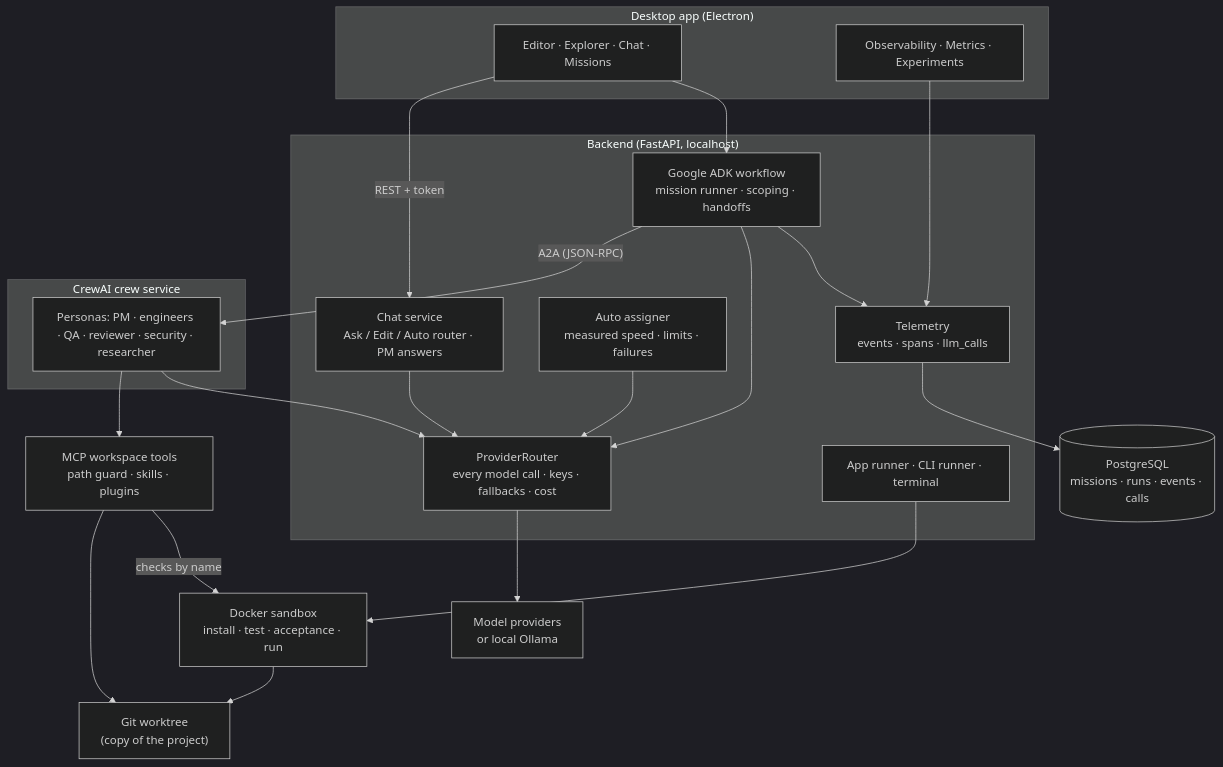
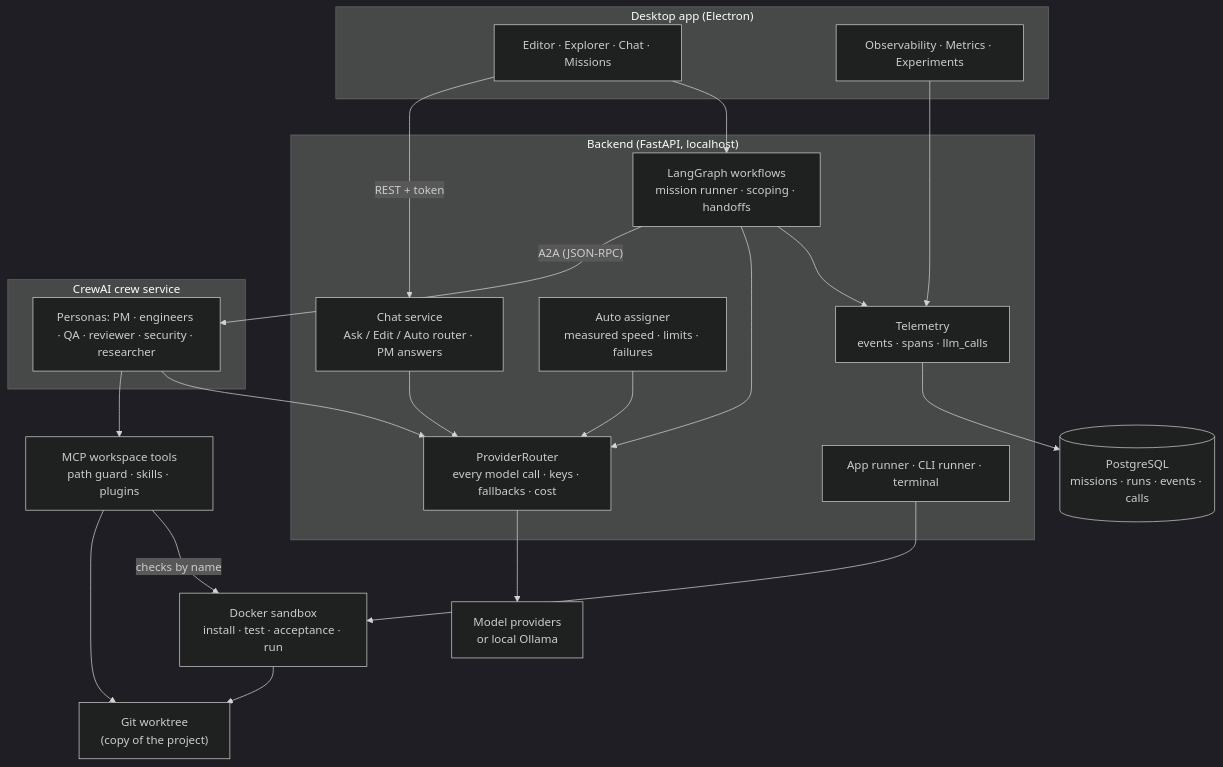
The second of 3 diagrams in README.md (shreytiwari09/HEX-MIND), drawn with Mermaid (dark theme) before and after one commit. The commit also changed other lines of this file and 50 other files, not shown here.

First line of the commit message:
Replace Google ADK with LangGraph; remove cloud from scope (D87, D88)

````diff
--- a/README.md
+++ b/README.md
@@ -146,40 +146,40 @@
 ```mermaid
 flowchart TB
     subgraph Desktop["Desktop app (Electron)"]
         UI["Editor · Explorer · Chat · Missions"]
         OBS["Observability · Metrics · Experiments"]
     end
 
     subgraph Backend["Backend (FastAPI, localhost)"]
         CHAT["Chat service<br/>Ask / Edit / Auto router · PM answers"]
-        ADK["Google ADK workflow<br/>mission runner · scoping · handoffs"]
+        LG["LangGraph workflows<br/>mission runner · scoping · handoffs"]
         PR["ProviderRouter<br/>every model call · keys · fallbacks · cost"]
         AUTO["Auto assigner<br/>measured speed · limits · failures"]
         APPS["App runner · CLI runner · terminal"]
         TEL["Telemetry<br/>events · spans · llm_calls"]
     end
 
     subgraph Crew["CrewAI crew service"]
         P["Personas: PM · engineers · QA · reviewer · security · researcher"]
     end
 
     MCP["MCP workspace tools<br/>path guard · skills · plugins"]
     WT["Git worktree<br/>(copy of the project)"]
     SB["Docker sandbox<br/>install · test · acceptance · run"]
     DB[("PostgreSQL<br/>missions · runs · events · calls")]
     LLM["Model providers<br/>or local Ollama"]
 
     UI -- "REST + token" --> CHAT
-    UI --> ADK
-    ADK -- "A2A (JSON-RPC)" --> P
+    UI --> LG
+    LG -- "A2A (JSON-RPC)" --> P
     P --> MCP --> WT
     MCP -- "checks by name" --> SB --> WT
     CHAT --> PR
     P --> PR
-    ADK --> PR
+    LG --> PR
     AUTO --> PR
     PR --> LLM
-    ADK --> TEL --> DB
+    LG --> TEL --> DB
     OBS --> TEL
     APPS --> SB
 ```
````
